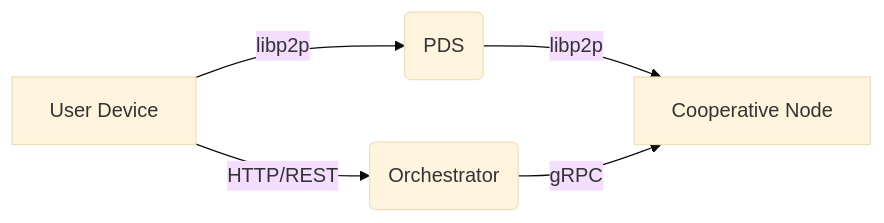
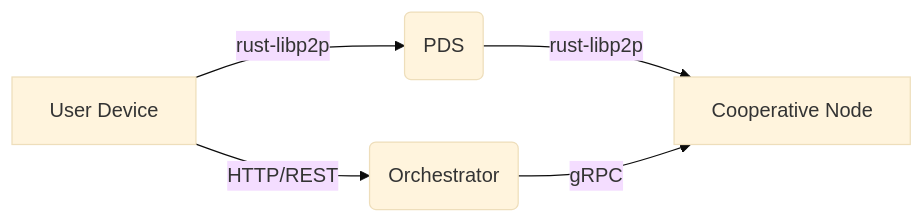
The first of 3 diagrams in docs/ARCHITECTURE.md (humancuration/cpc), drawn with Mermaid (base theme) before and after one commit. The commit also changed other lines of this file and 135 other files, not shown here.

````diff
--- a/docs/ARCHITECTURE.md
+++ b/docs/ARCHITECTURE.md
@@ -54,7 +54,7 @@
 ```mermaid
 graph LR
   A[User Device] -- HTTP/REST --> B(Orchestrator)
-  A -- libp2p --> C(PDS)
-  C -- libp2p --> D[Cooperative Node]
+  A -- rust-libp2p --> C(PDS)
+  C -- rust-libp2p --> D[Cooperative Node]
   B -- gRPC --> D
 ```
````
